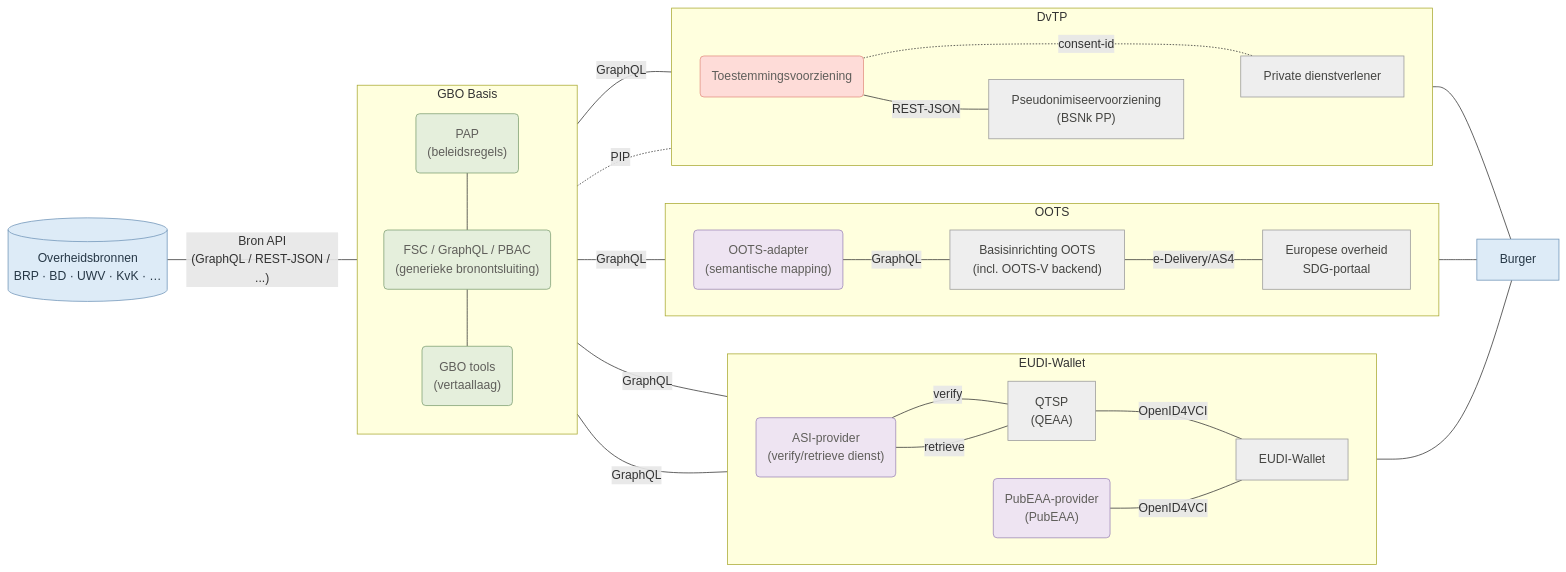
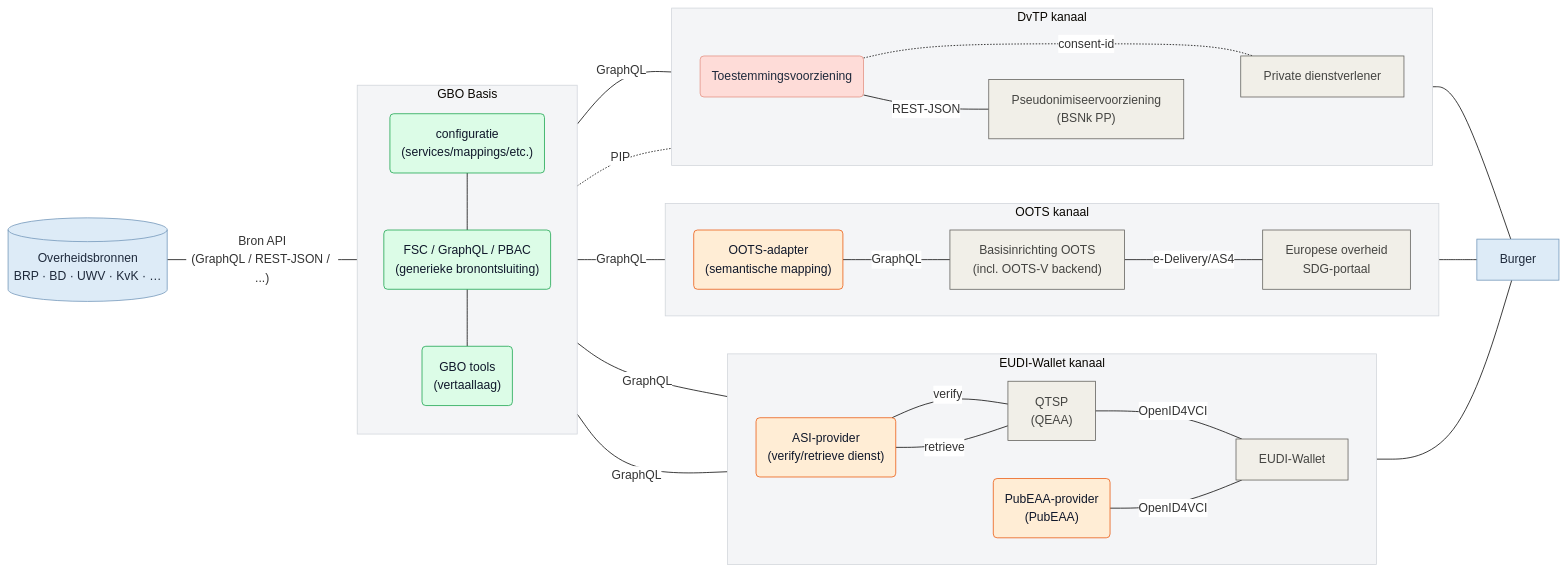
One commit to ICTU/GBO-GO changed the diagram in main/diagrammen/gbo_swimlanes.mmd. Above: the diagram before and after it, drawn with Mermaid. The commit also changed 9 other files, not shown here.

```diff
--- a/main/diagrammen/gbo_swimlanes.mmd
+++ b/main/diagrammen/gbo_swimlanes.mmd
@@ -1,71 +1,90 @@
+%%{
+  init: {
+    'theme': 'base',
+    'themeVariables': {
+      'darkMode': false,
+      'background': '#FFFFFF',
+      'edgeLabelBackground': '#FFFFFF'
+    },
+    'themeCSS': 'svg, .mermaid, #mermaid-svg, .mermaid > svg { background-color: #FFFFFF !important; background: #FFFFFF !important; } @media (prefers-color-scheme: dark) { svg, .mermaid, #mermaid-svg, .mermaid > svg { background-color: #FFFFFF !important; background: #FFFFFF !important; } }'
+  }
+}%%
 flowchart LR
   subgraph gbo["GBO Basis"]
     direction TB
-        fsc_pap("PAP<br/>(beleidsregels)")
+        fsc_config("configuratie<br/>(services/mappings/etc.)")
         fsc("FSC / GraphQL / PBAC<br/>(generieke bronontsluiting)")
         fsc_tools("GBO tools<br/>(vertaallaag)")
   end
-  subgraph eudi["EUDI-Wallet"]
+  subgraph eudi["EUDI-Wallet kanaal"]
     direction LR
         eudi_asi("ASI-provider<br/>(verify/retrieve dienst)")
         eudi_pubeaa("PubEAA-provider<br/>(PubEAA)")
         eudi_qeaa["QTSP<br/>(QEAA)"]
         eudi_wallet["EUDI-Wallet"]
   end
-  subgraph oots["OOTS"]
+  subgraph oots["OOTS kanaal"]
     direction LR
         oots_adapter("OOTS-adapter<br/>(semantische mapping)")
         oots_basis["Basisinrichting OOTS<br/>(incl. OOTS-V backend)"]
         oots_afnemer["Europese overheid<br/>SDG-portaal"]
   end
-  subgraph dvtp["DvTP"]
+  subgraph dvtp["DvTP kanaal"]
     direction LR
         dvtp_toestemming("Toestemmingsvoorziening")
         dvtp_pseudoniem["Pseudonimiseervoorziening<br/>(BSNk PP)"]
         dvtp_afnemer["Private dienstverlener"]
   end
 
-  fsc_pap --- fsc
+  fsc_config --- fsc
   fsc --- fsc_tools
   bron[("Overheidsbronnen<br/>BRP · BD · UWV · KvK · …")] -- Bron API<br/>(GraphQL / REST-JSON / ...) --- gbo
   eudi_asi -- verify --- eudi_qeaa
   eudi_asi -- retrieve --- eudi_qeaa
   eudi_qeaa -- OpenID4VCI --- eudi_wallet
   gbo -- GraphQL --- eudi_asi & eudi_pubeaa & oots_adapter & dvtp_afnemer
   eudi_asi ~~~ eudi_pubeaa
   eudi_pubeaa -- OpenID4VCI --- eudi_wallet
   oots_adapter -- GraphQL --- oots_basis
   oots_basis -- e-Delivery/AS4 --- oots_afnemer
   gbo -. PIP .- dvtp_toestemming
   dvtp_toestemming -. consent-id .- dvtp_afnemer
   dvtp_toestemming -- REST-JSON --- dvtp_pseudoniem
   dvtp_pseudoniem ~~~ dvtp_afnemer
   eudi_wallet --- burger["Burger"]
   oots_afnemer --- burger
   dvtp_afnemer --- burger
 
-  fsc_pap:::gbo_d
   fsc:::gbo_d
   fsc_tools:::gbo_d
+  fsc_config:::gbo_d
   eudi_asi:::gbo_k
   eudi_pubeaa:::gbo_k
   eudi_qeaa:::eudi
   eudi_wallet:::eudi
   oots_adapter:::gbo_k
   oots_basis:::oots
   oots_afnemer:::oots
   dvtp_toestemming:::gbo_c
   dvtp_pseudoniem:::dvtp
   dvtp_afnemer:::dvtp
   bron:::bron
   burger:::burger
 
-  classDef bron fill:#DDEBF7,stroke:#6F94B8,color:#263746
-  classDef generiek fill:#f1efe8,stroke:#5f5e5a,color:#444441
-  classDef eudi fill:#EEEEEE,stroke:#999999,color:#444441
-  classDef oots fill:#EEEEEE,stroke:#999999,color:#444441
-  classDef dvtp fill:#EEEEEE,stroke:#999999,color:#444441
-  classDef gbo_k fill:#EEE4F2,stroke:#9C86B7,color:#5f5e5a
-  classDef gbo_c fill:#FEDCD8,stroke:#E28F80,color:#5f5e5a
-  classDef gbo_d fill:#E5EFDC,stroke:#7E9F72,color:#5f5e5a
-  classDef burger fill:#DDEBF7,stroke:#6F94B8,color:#263746
+  %% Subgraph Stijlen
+  style gbo fill:#F4F5F7,stroke:#D1D5DB,stroke-width:1px
+  style eudi fill:#F4F5F7,stroke:#D1D5DB,stroke-width:1px
+  style oots fill:#F4F5F7,stroke:#D1D5DB,stroke-width:1px
+  style dvtp fill:#F4F5F7,stroke:#D1D5DB,stroke-width:1px
+
+  %% Elementstijlen
+  classDef bron fill:#DDEBF7,stroke:#6F94B8,color:#1E293B
+  classDef burger fill:#DDEBF7,stroke:#6F94B8,color:#1E293B
+
+  classDef eudi fill:#f1efe8,stroke:#5f5e5a,color:#444441
+  classDef oots fill:#f1efe8,stroke:#5f5e5a,color:#444441
+  classDef dvtp fill:#f1efe8,stroke:#5f5e5a,color:#444441
+
+  classDef gbo_c fill:#FEDCD8,stroke:#E28F80,color:#1E293B
+  classDef gbo_d fill:#DCFCE7,stroke:#16A34A,color:#0F172A
+  classDef gbo_k fill:#FFEDD5,stroke:#EA580C,color:#0F172A
```
